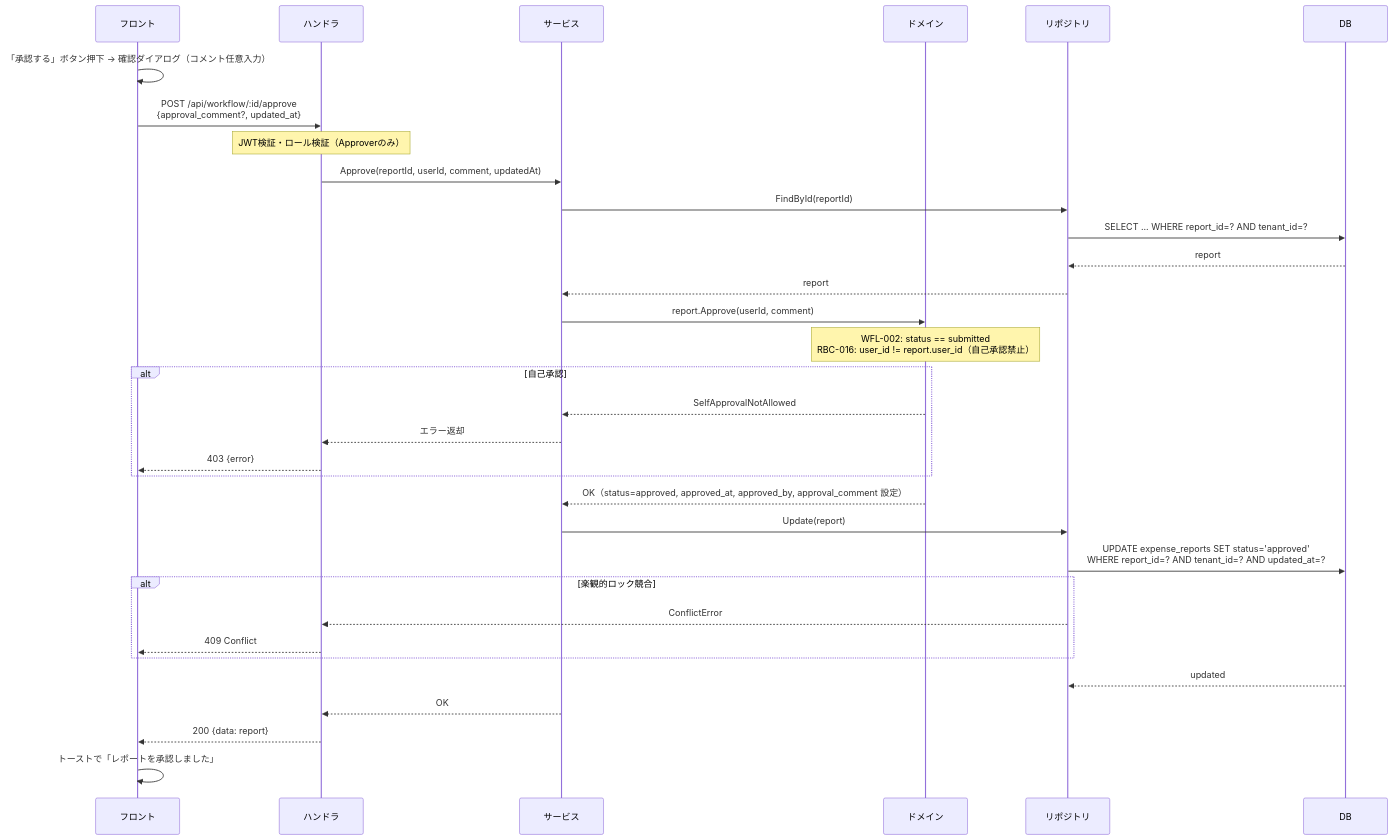
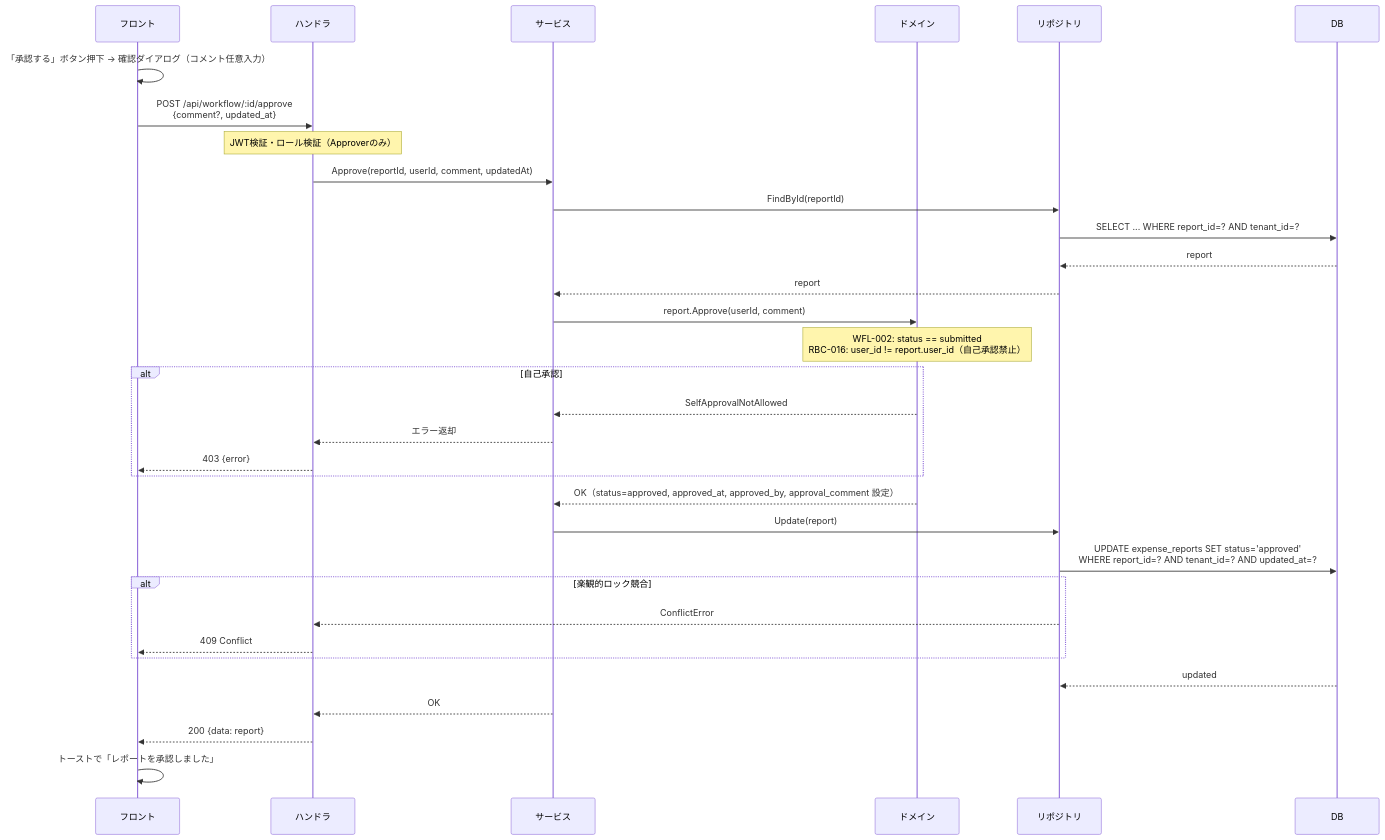
The third of 6 diagrams in deliverables/docs/50_detail_design/screens/report-detail.md (atsuro128/dev-journal), drawn with Mermaid before and after one commit. The commit also changed other lines of this file and 3 other files, not shown here.

First line of the commit message:
fix: codex レビュー指摘3件を修正（シーケンス図）

````diff
--- a/deliverables/docs/50_detail_design/screens/report-detail.md
+++ b/deliverables/docs/50_detail_design/screens/report-detail.md
@@ -560,36 +560,36 @@
 ```mermaid
 sequenceDiagram
     participant F as フロント
     participant H as ハンドラ
     participant S as サービス
     participant D as ドメイン
     participant R as リポジトリ
     participant DB as DB
 
     F->>F: 「承認する」ボタン押下 → 確認ダイアログ（コメント任意入力）
-    F->>H: POST /api/workflow/:id/approve<br/>{approval_comment?, updated_at}
+    F->>H: POST /api/workflow/:id/approve<br/>{comment?, updated_at}
     Note over H: JWT検証・ロール検証（Approverのみ）
     H->>S: Approve(reportId, userId, comment, updatedAt)
     S->>R: FindById(reportId)
     R->>DB: SELECT ... WHERE report_id=? AND tenant_id=?
     DB-->>R: report
     R-->>S: report
     S->>D: report.Approve(userId, comment)
     Note over D: WFL-002: status == submitted<br/>RBC-016: user_id != report.user_id（自己承認禁止）
     alt 自己承認
         D-->>S: SelfApprovalNotAllowed
         S-->>H: エラー返却
         H-->>F: 403 {error}
     end
     D-->>S: OK（status=approved, approved_at, approved_by, approval_comment 設定）
     S->>R: Update(report)
     R->>DB: UPDATE expense_reports SET status='approved'<br/>WHERE report_id=? AND tenant_id=? AND updated_at=?
     alt 楽観的ロック競合
         R-->>H: ConflictError
         H-->>F: 409 Conflict
     end
     DB-->>R: updated
     S-->>H: OK
     H-->>F: 200 {data: report}
     F->>F: トーストで「レポートを承認しました」
 ```
````
